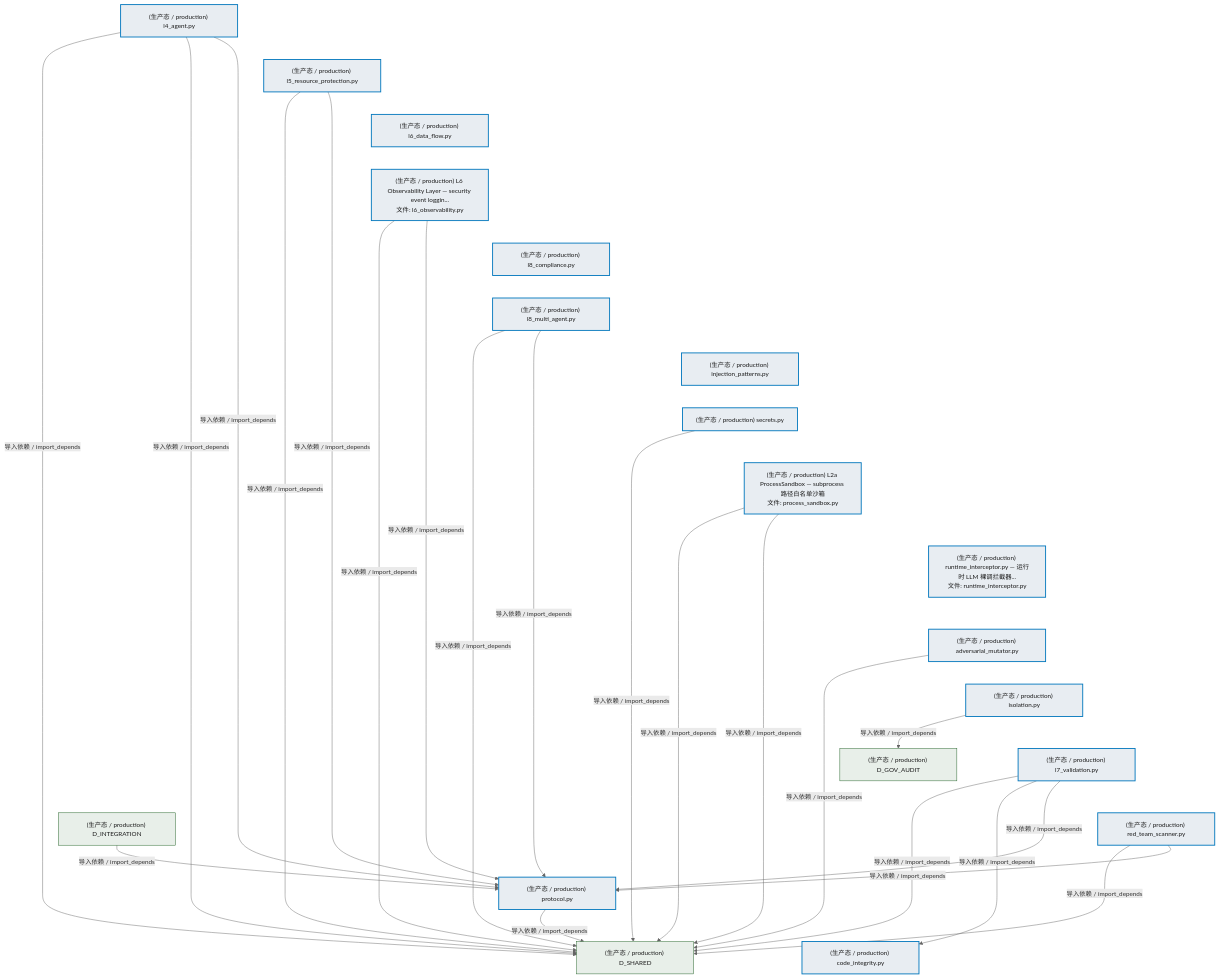
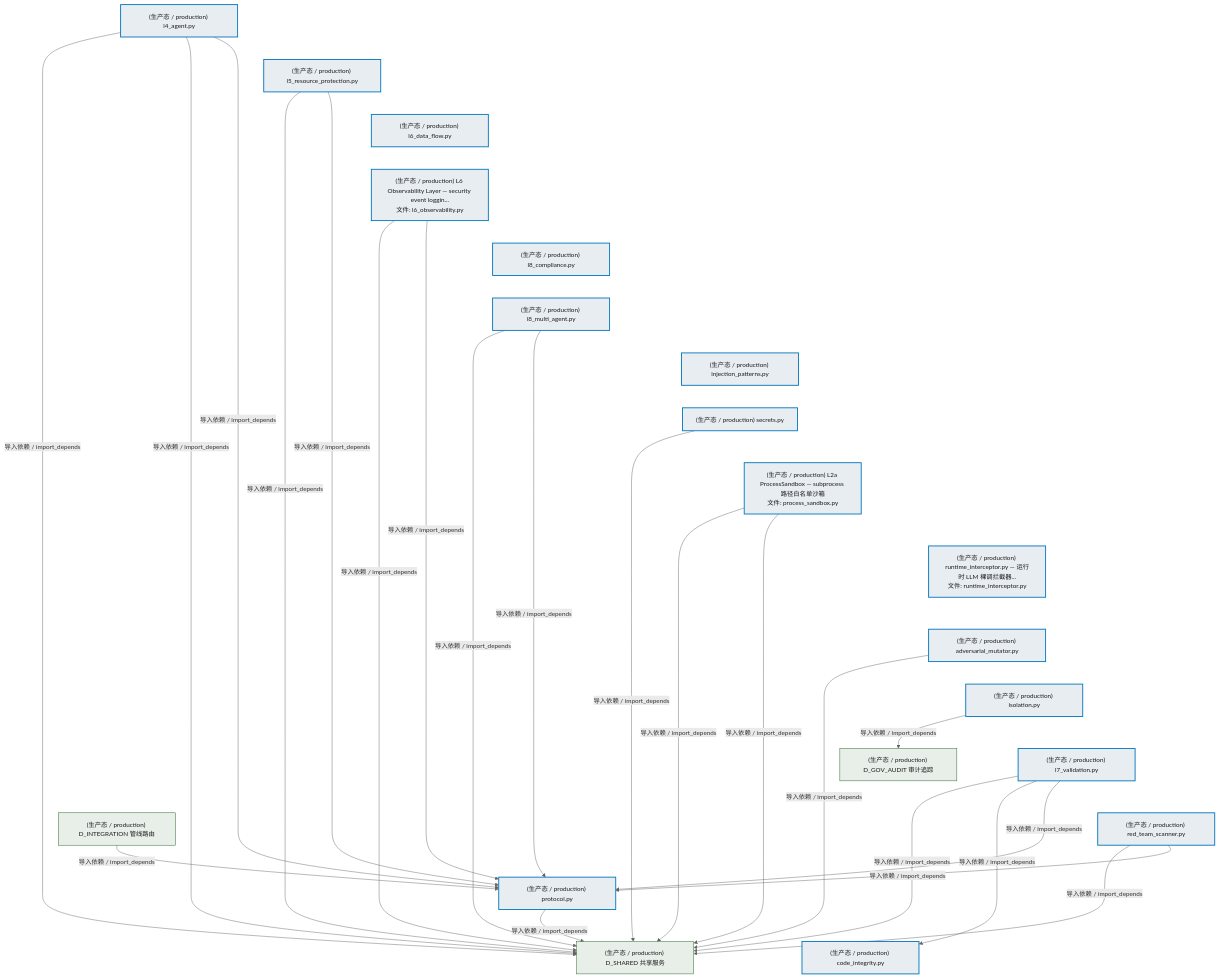
The sixth of 8 diagrams in docs/02_enterprise_architecture/02_domain_architecture_docs/27_d_security.md (xuanFelixVan/ZephyrAlpha), drawn with Mermaid before and after one commit. The commit also changed other lines of this file and 45 other files, not shown here.

````diff
--- a/docs/02_enterprise_architecture/02_domain_architecture_docs/27_d_security.md
+++ b/docs/02_enterprise_architecture/02_domain_architecture_docs/27_d_security.md
@@ -772,64 +772,64 @@
 ```mermaid
 %%{init: {'theme': 'base', 'themeVariables': {'primaryColor': '#eaeaea', 'primaryTextColor': '#333333', 'primaryBorderColor': '#666666', 'lineColor': '#666666', 'secondaryColor': '#eaeaea', 'tertiaryColor': '#eaeaea', 'fontSize': '14px'}}}%%
 flowchart TD
     src_zephyr_security_llm_defense_llm_security_layers_l4_agent_py["(生产态 / production) l4_agent.py"]
     src_zephyr_security_llm_defense_llm_security_layers_l5_resource_protection_py["(生产态 / production) l5_resource_protection.py"]
     src_zephyr_security_llm_defense_llm_security_layers_l6_data_flow_py["(生产态 / production) l6_data_flow.py"]
     src_zephyr_security_llm_defense_llm_security_layers_l6_observability_py["(生产态 / production) L6 Observability Layer — security event loggin...<br/>文件: l6_observability.py"]
     src_zephyr_security_llm_defense_llm_security_layers_l8_compliance_py["(生产态 / production) l8_compliance.py"]
     src_zephyr_security_llm_defense_llm_security_layers_l8_multi_agent_py["(生产态 / production) l8_multi_agent.py"]
     src_zephyr_security_llm_defense_llm_security_patterns_injection_patterns_py["(生产态 / production) injection_patterns.py"]
     src_zephyr_security_llm_defense_llm_security_patterns_secrets_py["(生产态 / production) secrets.py"]
     src_zephyr_security_llm_defense_llm_security_process_sandbox_py["(生产态 / production) L2a ProcessSandbox — subprocess 路径白名单沙箱<br/>文件: process_sandbox.py"]
     src_zephyr_security_llm_defense_llm_security_runtime_interceptor_py["(生产态 / production) runtime_interceptor.py — 运行时 LLM 裸调拦截器...<br/>文件: runtime_interceptor.py"]
     src_zephyr_security_llm_defense_llm_security_self_protection_adversarial_mutator_py["(生产态 / production) adversarial_mutator.py"]
     src_zephyr_security_llm_defense_llm_security_self_protection_isolation_py["(生产态 / production) isolation.py"]
     src_zephyr_security_llm_defense_llm_security_self_protection_l7_validation_py["(生产态 / production) l7_validation.py"]
     src_zephyr_security_llm_defense_llm_security_self_protection_red_team_scanner_py["(生产态 / production) red_team_scanner.py"]
     src_zephyr_security_llm_defense_llm_security_layers_l4_agent_py ~~~ src_zephyr_security_llm_defense_llm_security_layers_l5_resource_protection_py
     src_zephyr_security_llm_defense_llm_security_layers_l5_resource_protection_py ~~~ src_zephyr_security_llm_defense_llm_security_layers_l6_data_flow_py
     src_zephyr_security_llm_defense_llm_security_layers_l6_data_flow_py ~~~ src_zephyr_security_llm_defense_llm_security_layers_l6_observability_py
     src_zephyr_security_llm_defense_llm_security_layers_l6_observability_py ~~~ src_zephyr_security_llm_defense_llm_security_layers_l8_compliance_py
     src_zephyr_security_llm_defense_llm_security_layers_l8_compliance_py ~~~ src_zephyr_security_llm_defense_llm_security_layers_l8_multi_agent_py
     src_zephyr_security_llm_defense_llm_security_layers_l8_multi_agent_py ~~~ src_zephyr_security_llm_defense_llm_security_patterns_injection_patterns_py
     src_zephyr_security_llm_defense_llm_security_patterns_injection_patterns_py ~~~ src_zephyr_security_llm_defense_llm_security_patterns_secrets_py
     src_zephyr_security_llm_defense_llm_security_patterns_secrets_py ~~~ src_zephyr_security_llm_defense_llm_security_process_sandbox_py
     src_zephyr_security_llm_defense_llm_security_process_sandbox_py ~~~ src_zephyr_security_llm_defense_llm_security_runtime_interceptor_py
     src_zephyr_security_llm_defense_llm_security_runtime_interceptor_py ~~~ src_zephyr_security_llm_defense_llm_security_self_protection_adversarial_mutator_py
     src_zephyr_security_llm_defense_llm_security_self_protection_adversarial_mutator_py ~~~ src_zephyr_security_llm_defense_llm_security_self_protection_isolation_py
     src_zephyr_security_llm_defense_llm_security_self_protection_isolation_py ~~~ src_zephyr_security_llm_defense_llm_security_self_protection_l7_validation_py
     src_zephyr_security_llm_defense_llm_security_self_protection_l7_validation_py ~~~ src_zephyr_security_llm_defense_llm_security_self_protection_red_team_scanner_py
     src_zephyr_security_llm_defense_llm_security_protocol_py["(生产态 / production) protocol.py"]
     src_zephyr_security_llm_defense_llm_security_self_protection_code_integrity_py["(生产态 / production) code_integrity.py"]
     src_zephyr_security_llm_defense_llm_security_protocol_py ~~~ src_zephyr_security_llm_defense_llm_security_self_protection_code_integrity_py
-    src_zephyr_security_llm_defense_llm_security_layers_l5_resource_protection_py -->|导入依赖 / import_depends| src_zephyr_security_llm_defense_llm_security_protocol_py
-    src_zephyr_security_llm_defense_llm_security_layers_l6_observability_py -->|导入依赖 / import_depends| src_zephyr_security_llm_defense_llm_security_protocol_py
     src_zephyr_security_llm_defense_llm_security_layers_l4_agent_py -->|导入依赖 / import_depends| src_zephyr_security_llm_defense_llm_security_protocol_py
     src_zephyr_security_llm_defense_llm_security_layers_l8_multi_agent_py -->|导入依赖 / import_depends| src_zephyr_security_llm_defense_llm_security_protocol_py
+    src_zephyr_security_llm_defense_llm_security_layers_l6_observability_py -->|导入依赖 / import_depends| src_zephyr_security_llm_defense_llm_security_protocol_py
+    src_zephyr_security_llm_defense_llm_security_layers_l5_resource_protection_py -->|导入依赖 / import_depends| src_zephyr_security_llm_defense_llm_security_protocol_py
+    src_zephyr_security_llm_defense_llm_security_self_protection_red_team_scanner_py -->|导入依赖 / import_depends| src_zephyr_security_llm_defense_llm_security_protocol_py
     src_zephyr_security_llm_defense_llm_security_self_protection_l7_validation_py -->|导入依赖 / import_depends| src_zephyr_security_llm_defense_llm_security_protocol_py
     src_zephyr_security_llm_defense_llm_security_self_protection_l7_validation_py -->|导入依赖 / import_depends| src_zephyr_security_llm_defense_llm_security_self_protection_code_integrity_py
-    src_zephyr_security_llm_defense_llm_security_self_protection_red_team_scanner_py -->|导入依赖 / import_depends| src_zephyr_security_llm_defense_llm_security_protocol_py
-    D_SHARED["(生产态 / production) D_SHARED"]
+    D_SHARED["(生产态 / production) D_SHARED 共享服务"]
     src_zephyr_security_llm_defense_llm_security_layers_l6_observability_py -->|导入依赖 / import_depends| D_SHARED
     src_zephyr_security_llm_defense_llm_security_layers_l4_agent_py -->|导入依赖 / import_depends| D_SHARED
     src_zephyr_security_llm_defense_llm_security_self_protection_adversarial_mutator_py -->|导入依赖 / import_depends| D_SHARED
     src_zephyr_security_llm_defense_llm_security_process_sandbox_py -->|导入依赖 / import_depends| D_SHARED
     src_zephyr_security_llm_defense_llm_security_self_protection_l7_validation_py -->|导入依赖 / import_depends| D_SHARED
     src_zephyr_security_llm_defense_llm_security_layers_l8_multi_agent_py -->|导入依赖 / import_depends| D_SHARED
-    D_GOV_AUDIT["(生产态 / production) D_GOV_AUDIT"]
+    D_GOV_AUDIT["(生产态 / production) D_GOV_AUDIT 审计追踪"]
     src_zephyr_security_llm_defense_llm_security_self_protection_isolation_py -->|导入依赖 / import_depends| D_GOV_AUDIT
     src_zephyr_security_llm_defense_llm_security_layers_l4_agent_py -->|导入依赖 / import_depends| D_SHARED
     src_zephyr_security_llm_defense_llm_security_layers_l5_resource_protection_py -->|导入依赖 / import_depends| D_SHARED
     src_zephyr_security_llm_defense_llm_security_self_protection_red_team_scanner_py -->|导入依赖 / import_depends| D_SHARED
     src_zephyr_security_llm_defense_llm_security_patterns_secrets_py -->|导入依赖 / import_depends| D_SHARED
     src_zephyr_security_llm_defense_llm_security_process_sandbox_py -->|导入依赖 / import_depends| D_SHARED
     src_zephyr_security_llm_defense_llm_security_protocol_py -->|导入依赖 / import_depends| D_SHARED
-    D_INTEGRATION["(生产态 / production) D_INTEGRATION"]
+    D_INTEGRATION["(生产态 / production) D_INTEGRATION 管线路由"]
     D_INTEGRATION -->|导入依赖 / import_depends| src_zephyr_security_llm_defense_llm_security_protocol_py
     classDef production fill:#e8edf2,stroke:#0277bd,stroke-width:2px,color:#1a1a1a
     classDef design fill:#f0ebe3,stroke:#bf360c,stroke-width:2px,color:#1a1a1a,stroke-dasharray: 5 5
     classDef external_prod fill:#e8efe9,stroke:#1b5e20,stroke-width:1px,color:#1a1a1a
     classDef external_design fill:#efe5ea,stroke:#880e4f,stroke-width:1px,color:#1a1a1a,stroke-dasharray: 5 5
     class src_zephyr_security_llm_defense_llm_security_layers_l4_agent_py,src_zephyr_security_llm_defense_llm_security_layers_l5_resource_protection_py,src_zephyr_security_llm_defense_llm_security_layers_l6_data_flow_py,src_zephyr_security_llm_defense_llm_security_layers_l6_observability_py,src_zephyr_security_llm_defense_llm_security_layers_l8_compliance_py,src_zephyr_security_llm_defense_llm_security_layers_l8_multi_agent_py,src_zephyr_security_llm_defense_llm_security_patterns_injection_patterns_py,src_zephyr_security_llm_defense_llm_security_patterns_secrets_py,src_zephyr_security_llm_defense_llm_security_process_sandbox_py,src_zephyr_security_llm_defense_llm_security_protocol_py,src_zephyr_security_llm_defense_llm_security_runtime_interceptor_py,src_zephyr_security_llm_defense_llm_security_self_protection_adversarial_mutator_py,src_zephyr_security_llm_defense_llm_security_self_protection_code_integrity_py,src_zephyr_security_llm_defense_llm_security_self_protection_isolation_py,src_zephyr_security_llm_defense_llm_security_self_protection_l7_validation_py,src_zephyr_security_llm_defense_llm_security_self_protection_red_team_scanner_py production
     class D_SHARED,D_GOV_AUDIT,D_INTEGRATION external_prod
 ```
````
